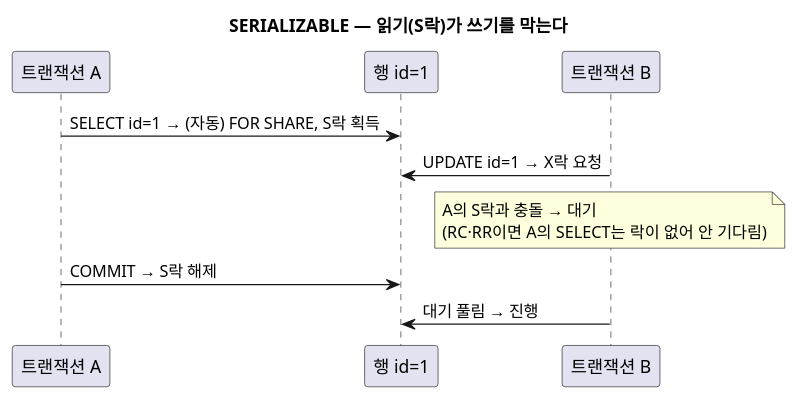
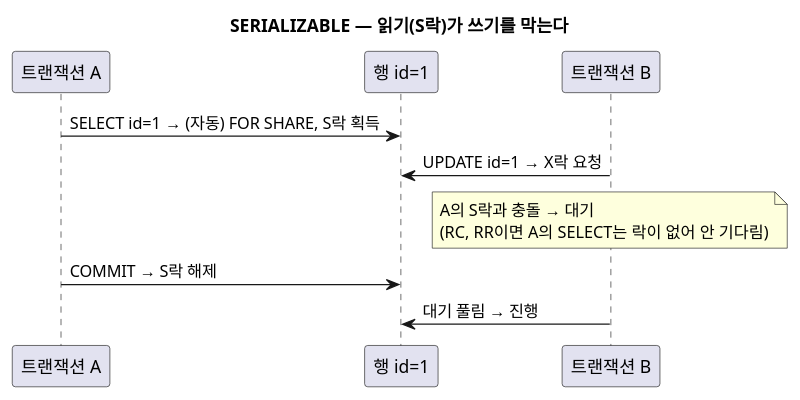
Before and after one commit to johnycho/johny-dev: the third of 4 diagrams in blog/2026-09-23-db-shared-exclusive-locks.mdx, drawn with PlantUML. The commit also changed other lines of this file and 188 other files, not shown here.

````diff
--- a/blog/2026-09-23-db-shared-exclusive-locks.mdx
+++ b/blog/2026-09-23-db-shared-exclusive-locks.mdx
@@ -110,13 +110,13 @@
 ```plantuml
 @startuml
 title SERIALIZABLE — 읽기(S락)가 쓰기를 막는다
 participant "트랜잭션 A" as A
 participant "행 id=1" as R
 participant "트랜잭션 B" as B
 A -> R : SELECT id=1 → (자동) FOR SHARE, S락 획득
 B -> R : UPDATE id=1 → X락 요청
-note over B : A의 S락과 충돌 → 대기\n(RC·RR이면 A의 SELECT는 락이 없어 안 기다림)
+note over B : A의 S락과 충돌 → 대기\n(RC, RR이면 A의 SELECT는 락이 없어 안 기다림)
 A -> R : COMMIT → S락 해제
 B -> R : 대기 풀림 → 진행
 @enduml
 ```
````
